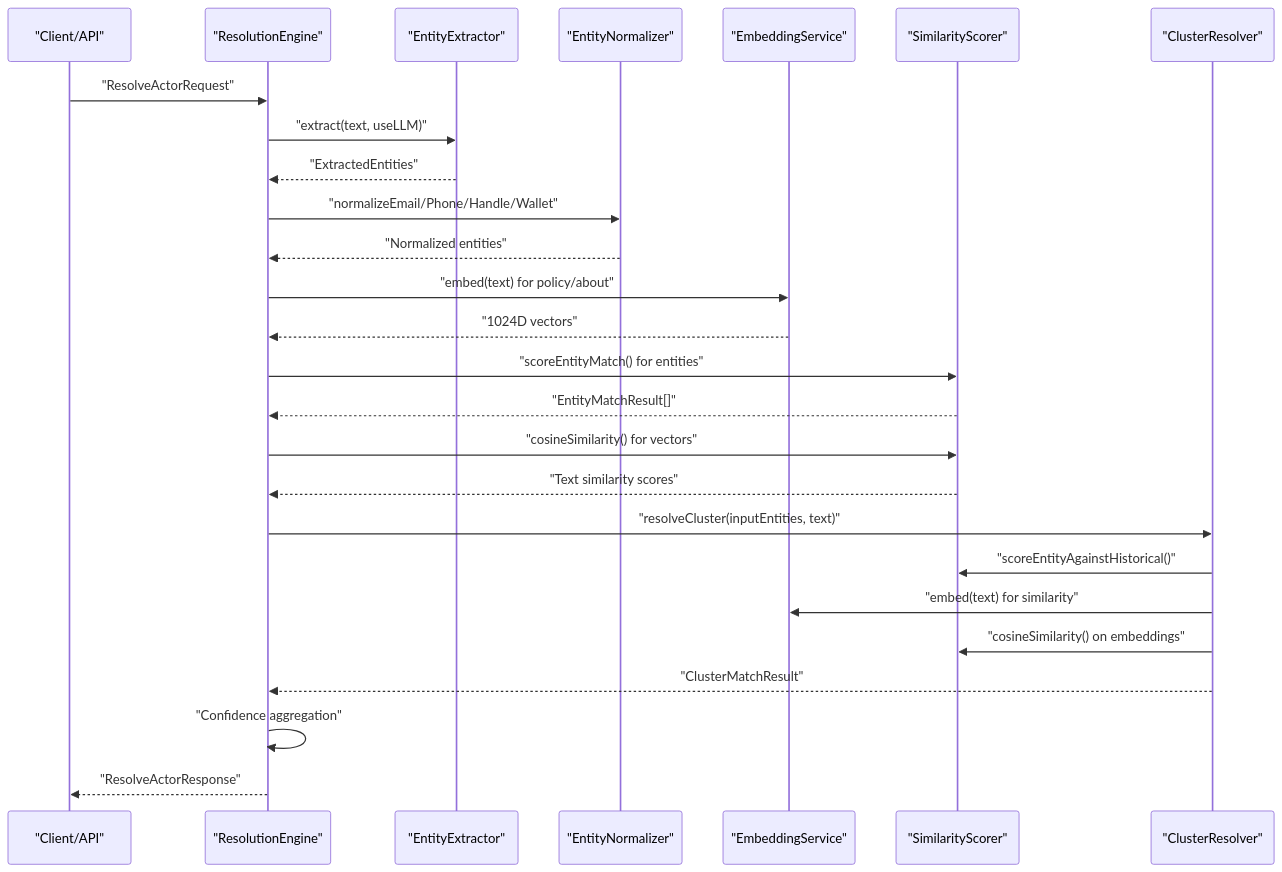
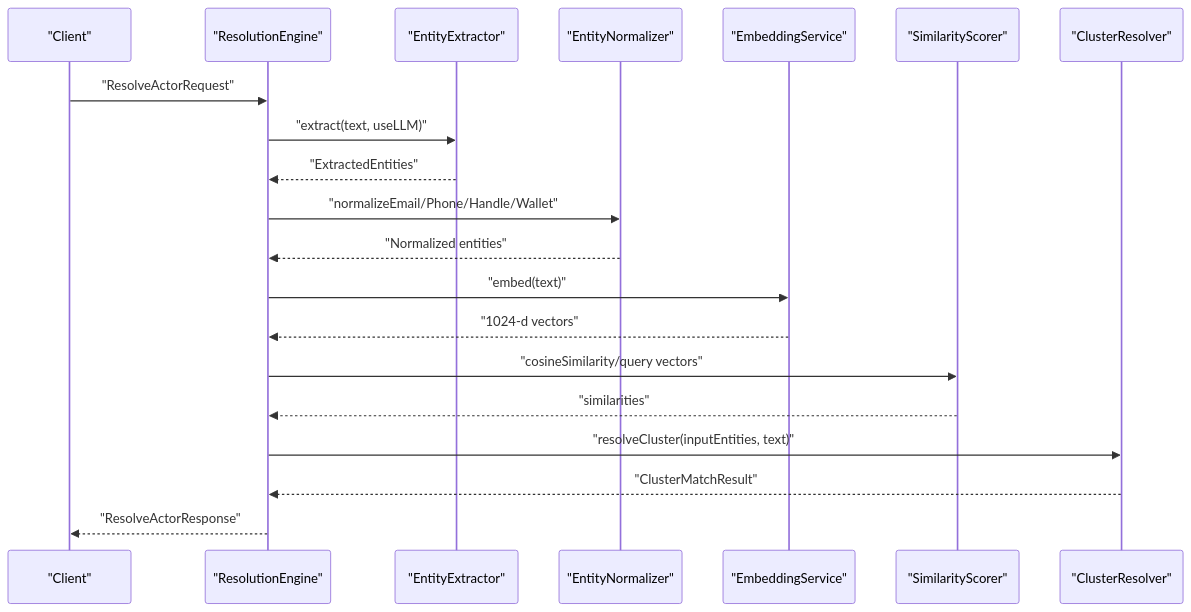
Before and after one commit to vishnusaibhosekar/ares: the second of 3 diagrams in .qoder/repowiki/en/content/Core Services/Core Services.md, drawn with Mermaid. The commit also changed other lines of this file and 12 other files, not shown here.

````diff
--- a/.qoder/repowiki/en/content/Core Services/Core Services.md
+++ b/.qoder/repowiki/en/content/Core Services/Core Services.md
@@ -372,28 +133,22 @@
 ```mermaid
 sequenceDiagram
-participant Client as "Client/API"
+participant Client as "Client"
 participant Engine as "ResolutionEngine"
 participant Extractor as "EntityExtractor"
 participant Normalizer as "EntityNormalizer"
 participant Embedder as "EmbeddingService"
 participant Scorer as "SimilarityScorer"
 participant Resolver as "ClusterResolver"
 Client->>Engine : "ResolveActorRequest"
 Engine->>Extractor : "extract(text, useLLM)"
 Extractor-->>Engine : "ExtractedEntities"
 Engine->>Normalizer : "normalizeEmail/Phone/Handle/Wallet"
 Normalizer-->>Engine : "Normalized entities"
-Engine->>Embedder : "embed(text) for policy/about"
-Embedder-->>Engine : "1024D vectors"
-Engine->>Scorer : "scoreEntityMatch() for entities"
-Scorer-->>Engine : "EntityMatchResult[]"
-Engine->>Scorer : "cosineSimilarity() for vectors"
-Scorer-->>Engine : "Text similarity scores"
+Engine->>Embedder : "embed(text)"
+Embedder-->>Engine : "1024-d vectors"
+Engine->>Scorer : "cosineSimilarity/query vectors"
+Scorer-->>Engine : "similarities"
 Engine->>Resolver : "resolveCluster(inputEntities, text)"
-Resolver->>Scorer : "scoreEntityAgainstHistorical()"
-Resolver->>Embedder : "embed(text) for similarity"
-Resolver->>Scorer : "cosineSimilarity() on embeddings"
 Resolver-->>Engine : "ClusterMatchResult"
-Engine->>Engine : "Confidence aggregation"
 Engine-->>Client : "ResolveActorResponse"
 ```
````
